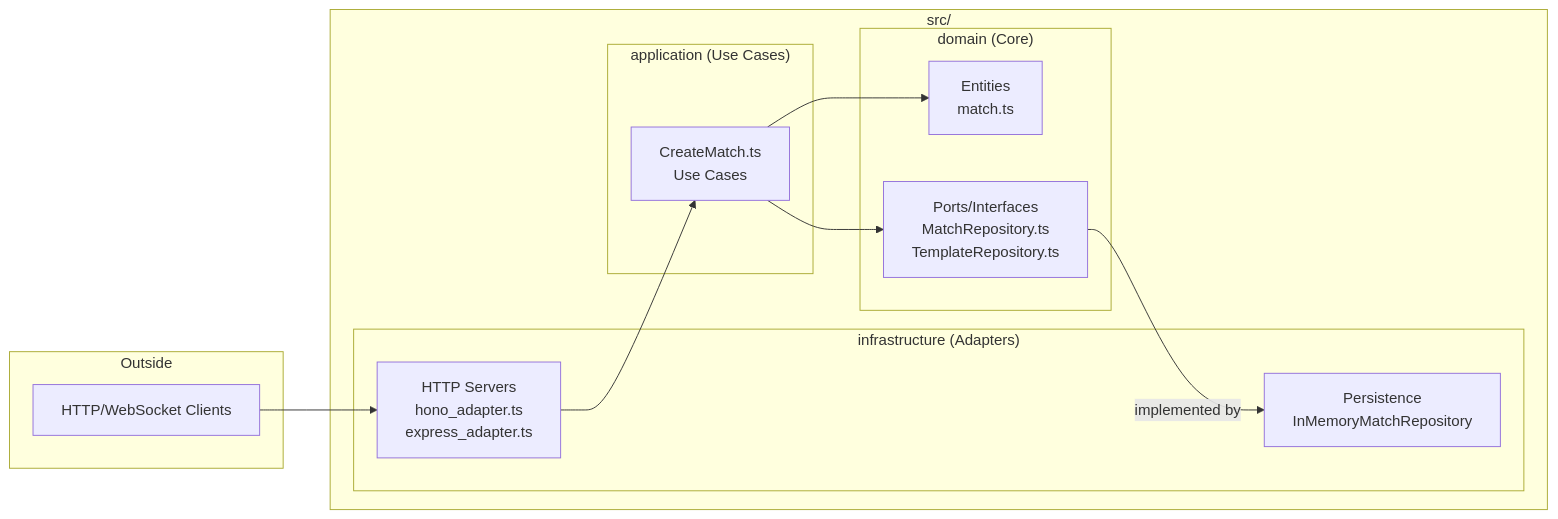
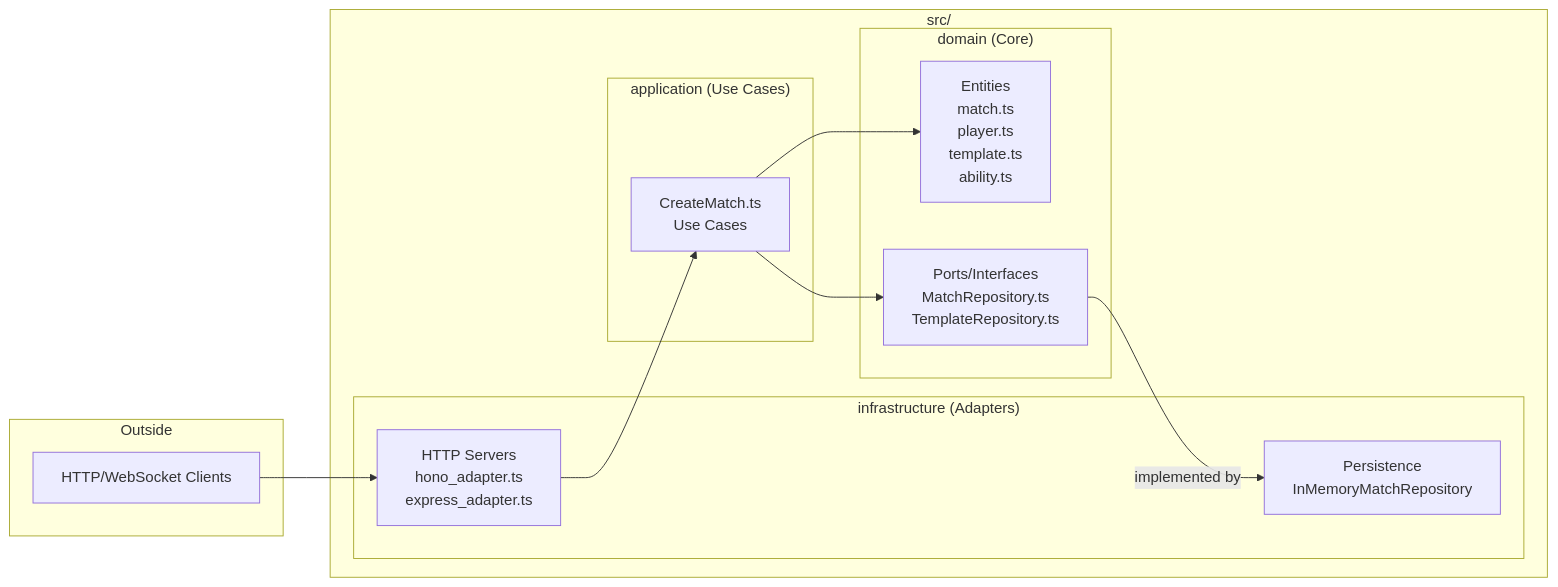
Before and after one commit to MohamedAljoke/social-deduction-game: the second of 2 diagrams in docs/architecture.md, drawn with Mermaid. The commit also changed other lines of this file and 8 other files, not shown here.

````diff
--- a/docs/architecture.md
+++ b/docs/architecture.md
@@ -52,28 +54,28 @@
 ```mermaid
 flowchart LR
     subgraph "Outside"
         Client[HTTP/WebSocket Clients]
     end
 
     subgraph "src/"
         subgraph "infrastructure (Adapters)"
             HTTP[HTTP Servers<br/>hono_adapter.ts<br/>express_adapter.ts]
             Persistence[Persistence<br/>InMemoryMatchRepository]
         end
 
         subgraph "application (Use Cases)"
             UseCases[CreateMatch.ts<br/>Use Cases]
         end
 
         subgraph "domain (Core)"
-            Entities[Entities<br/>match.ts]
+            Entities[Entities<br/>match.ts<br/>player.ts<br/>template.ts<br/>ability.ts]
             Ports[Ports/Interfaces<br/>MatchRepository.ts<br/>TemplateRepository.ts]
         end
     end
 
     Client --> HTTP
     HTTP --> UseCases
     UseCases --> Ports
     UseCases --> Entities
     Ports -->|implemented by| Persistence
 ```
````
